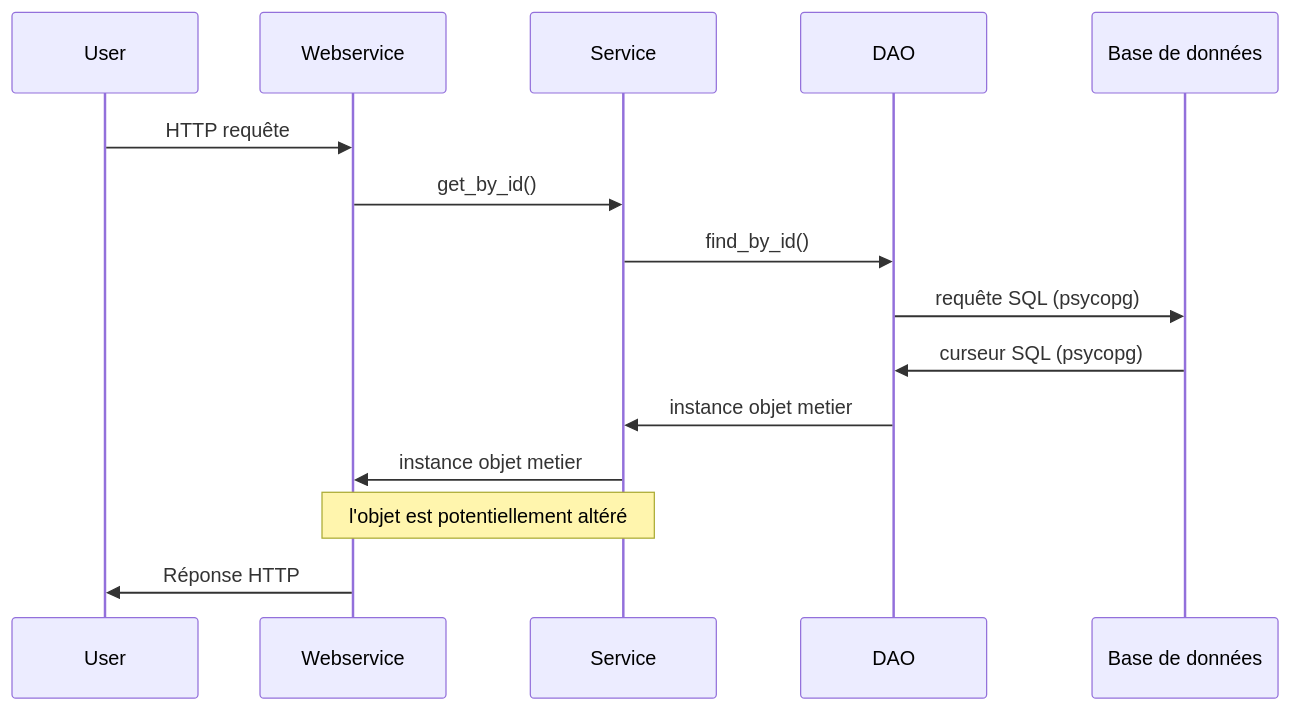
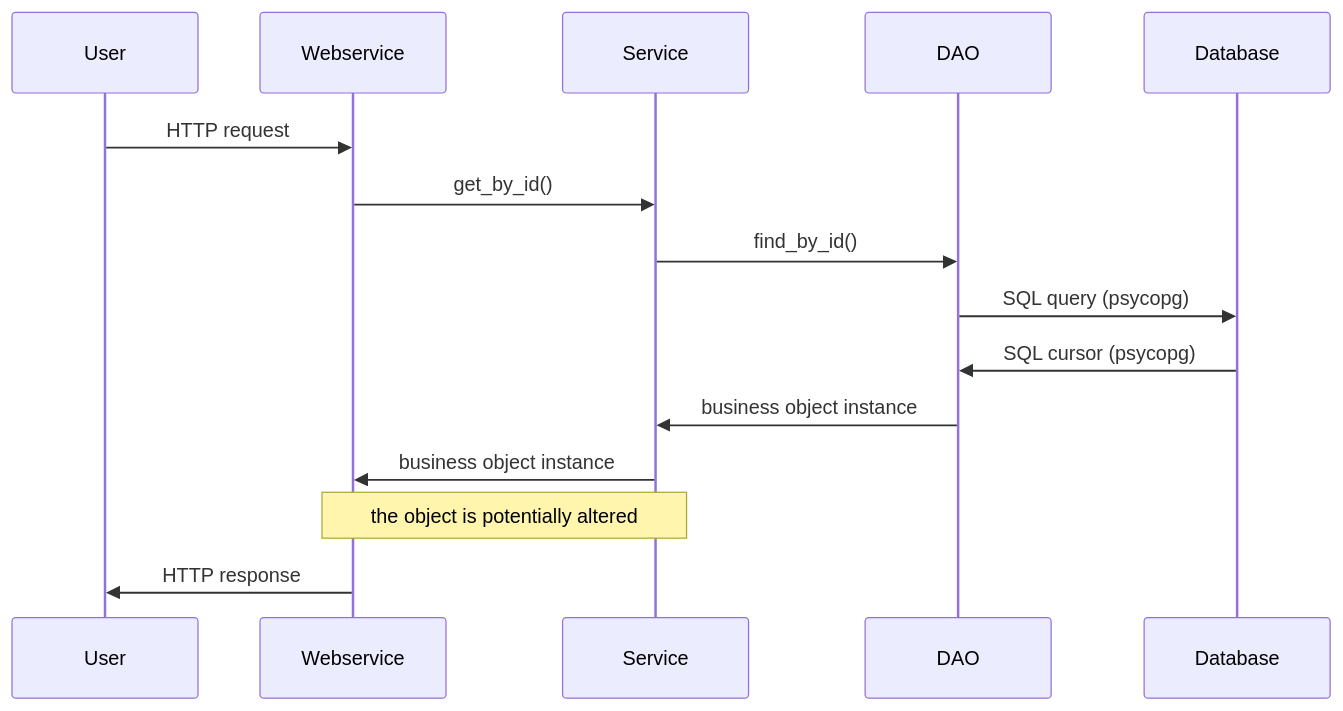
One commit to ludo2ne/ENSAI-2A-Projet-info changed the diagram in quarto-site/doc/tp/tp3.qmd. Above: the diagram before and after it, drawn with Mermaid. The commit also changed other lines of this file and 6 other files, not shown here.

````diff
--- a/quarto-site/doc/tp/tp3.qmd
+++ b/quarto-site/doc/tp/tp3.qmd
@@ -471,17 +506,17 @@
 ```{mermaid}
 sequenceDiagram
     participant U as User
     participant R as Webservice
     participant S as Service
     participant D as DAO
-    participant B as Base de données
-    U ->> R : HTTP requête
-    R ->> S : get_by_id()
-    S ->> D : find_by_id()
-    D ->> B : requête SQL (psycopg)
-    B ->> D : curseur SQL (psycopg)
-    D ->> S : instance objet metier
-    S ->> R : instance objet metier
-    Note over S,R: l'objet est potentiellement altéré
-    R ->> U : Réponse HTTP
+    participant B as Database
+    U ->> R: HTTP request
+    R ->> S: get_by_id()
+    S ->> D: find_by_id()
+    D ->> B: SQL query (psycopg)
+    B ->> D: SQL cursor (psycopg)
+    D ->> S: business object instance
+    S ->> R: business object instance
+    Note over S,R: the object is potentially altered
+    R ->> U: HTTP response
 ```
````
